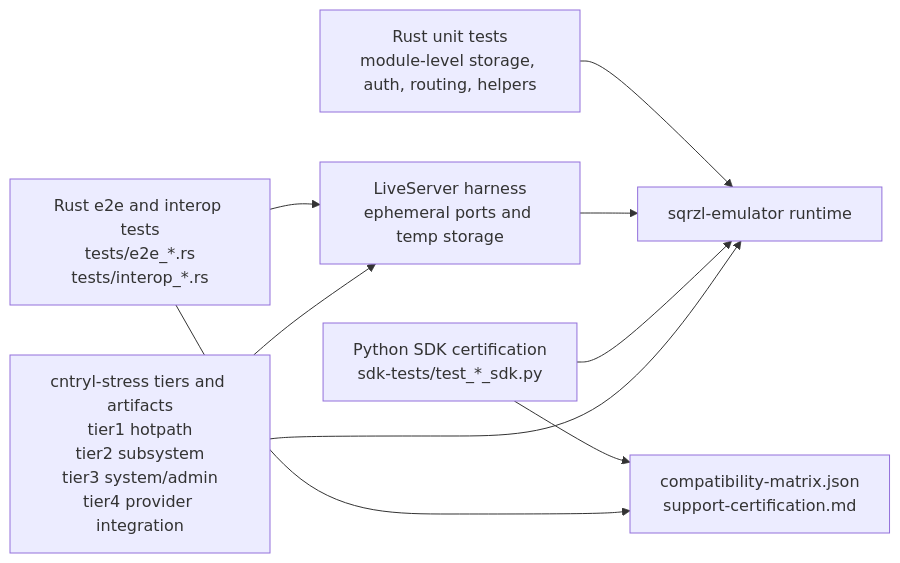
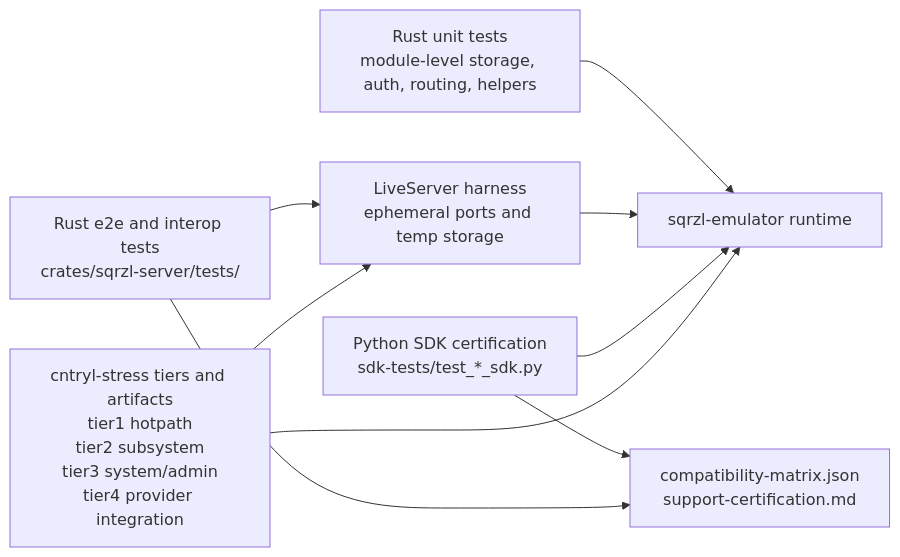
Before and after one commit to sqrzl/sqrzl-emulator: diagram 11 of 11 in docs/architecture.md, drawn with Mermaid. The commit also changed other lines of this file and 93 other files, not shown here.

````diff
--- a/docs/architecture.md
+++ b/docs/architecture.md
@@ -507,18 +509,18 @@
 ```mermaid
 flowchart LR
     Unit["Rust unit tests<br/>module-level storage, auth, routing, helpers"]
-    E2E["Rust e2e and interop tests<br/>tests/e2e_*.rs<br/>tests/interop_*.rs"]
+    E2E["Rust e2e and interop tests<br/>crates/sqrzl-server/tests/"]
     SDK["Python SDK certification<br/>sdk-tests/test_*_sdk.py"]
     Benches["cntryl-stress tiers and artifacts<br/>tier1 hotpath<br/>tier2 subsystem<br/>tier3 system/admin<br/>tier4 provider integration"]
     LiveServer["LiveServer harness<br/>ephemeral ports and temp storage"]
     Emulator["sqrzl-emulator runtime"]
     Matrix["compatibility-matrix.json<br/>support-certification.md"]
 
     Unit --> Emulator
     E2E --> LiveServer --> Emulator
     SDK --> Emulator
     Benches --> LiveServer
     Benches --> Emulator
     SDK --> Matrix
     E2E --> Matrix
 ```
````
